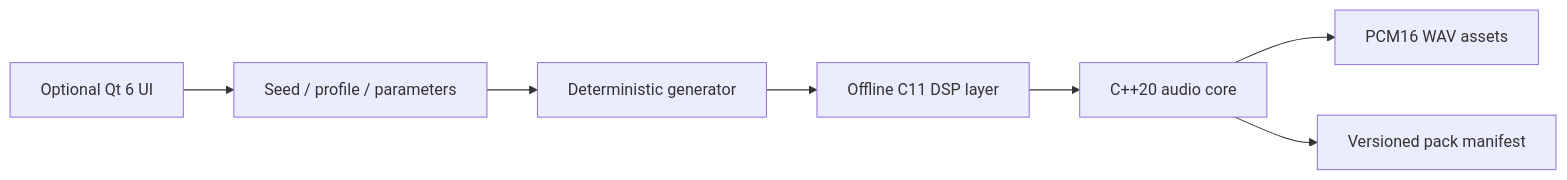
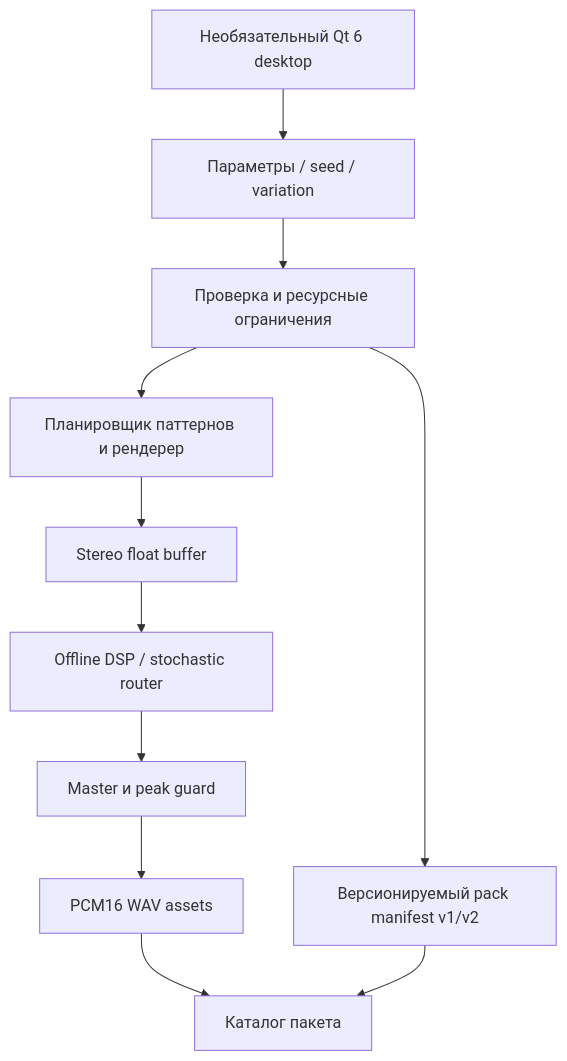
The diagram in README.ru.md (Ivan-VHS/VentuSample), drawn with Mermaid before and after one commit. The commit also changed other lines of this file, not shown here.

```diff
--- a/README.ru.md
+++ b/README.ru.md
@@ -33,9 +37,13 @@
 ~~~mermaid
-flowchart LR
-  P["Seed / profile / parameters"] --> G["Deterministic generator"]
-  G --> D["Offline C11 DSP layer"]
-  D --> X["C++20 audio core"]
-  X --> W["PCM16 WAV assets"]
-  X --> M["Versioned pack manifest"]
-  Q["Optional Qt 6 UI"] --> P
+flowchart TB
+  U["Параметры / seed / variation"] --> V["Проверка и ресурсные ограничения"]
+  V --> G["Планировщик паттернов и рендерер"]
+  G --> F["Stereo float buffer"]
+  F --> D["Offline DSP / stochastic router"]
+  D --> M["Master и peak guard"]
+  M --> W["PCM16 WAV assets"]
+  V --> J["Версионируемый pack manifest v1/v2"]
+  W --> P["Каталог пакета"]
+  J --> P
+  Q["Необязательный Qt 6 desktop"] --> U
 ~~~
```
